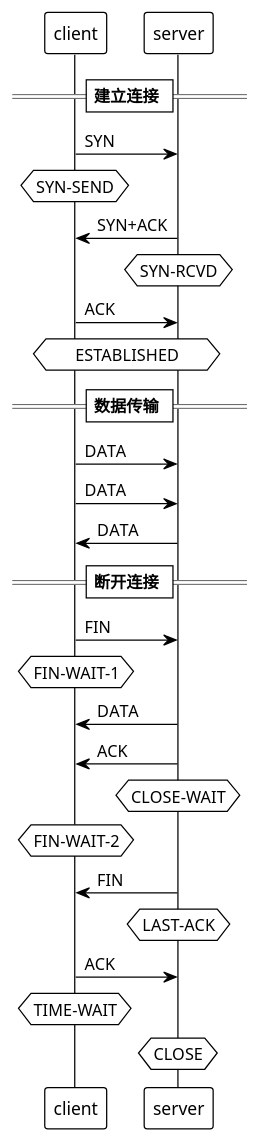
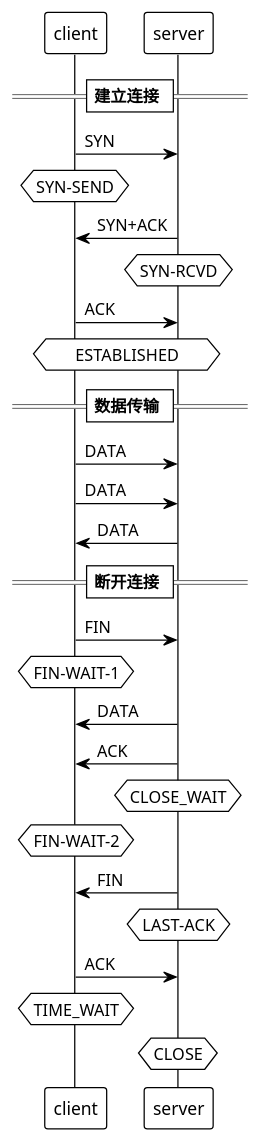
One commit to wiloon/blog changed the diagram in content/post/network/tcp-握手.md. Above: the diagram before and after it, drawn with PlantUML. The commit also changed other lines of this file and 34 other files, not shown here.

````diff
--- a/content/post/network/tcp-握手.md
+++ b/content/post/network/tcp-握手.md
@@ -83,28 +83,28 @@
 ```plantuml
 @startuml
 !theme plain
 == 建立连接 ==
 client -> server: SYN
 hnote over client : SYN-SEND
 server -> client: SYN+ACK
 hnote over server : SYN-RCVD
 client -> server: ACK
 hnote over client,server : ESTABLISHED
 == 数据传输 ==
 client -> server: DATA
 client -> server: DATA
 server -> client: DATA
 == 断开连接 ==
 client -> server: FIN
 hnote over client : FIN-WAIT-1
 server -> client: DATA
 server -> client: ACK
-hnote over server : CLOSE-WAIT
+hnote over server : CLOSE_WAIT
 hnote over client : FIN-WAIT-2
 server -> client: FIN
 hnote over server : LAST-ACK
 client -> server: ACK
-hnote over client : TIME-WAIT
+hnote over client : TIME_WAIT
 hnote over server : CLOSE
 @enduml
 ```
````
